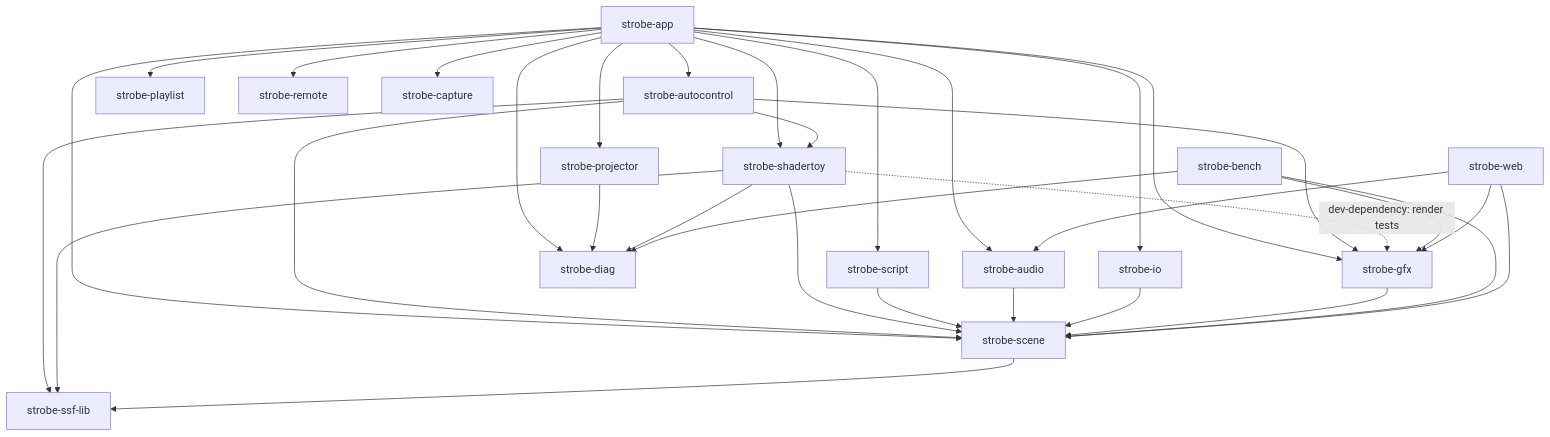
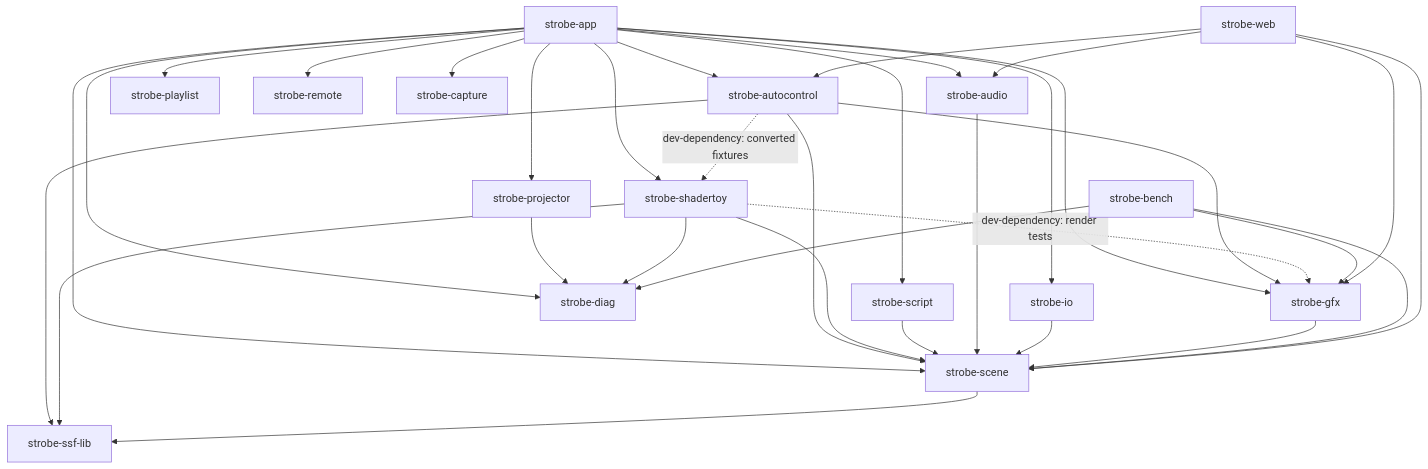
Before and after one commit to lnorton89/strobe: the diagram in docs/ARCHITECTURE.md, drawn with Mermaid. The commit also changed other lines of this file and 19 other files, not shown here.

````diff
--- a/docs/ARCHITECTURE.md
+++ b/docs/ARCHITECTURE.md
@@ -45,12 +45,13 @@
 ```mermaid
 flowchart TD
     app[strobe-app] --> shadertoy[strobe-shadertoy] & autocontrol[strobe-autocontrol] & script[strobe-script] & audio[strobe-audio] & io[strobe-io] & gfx[strobe-gfx] & scene[strobe-scene] & playlist[strobe-playlist] & remote[strobe-remote] & projector[strobe-projector] & capture[strobe-capture] & diag[strobe-diag]
     projector --> diag
-    autocontrol --> shadertoy & gfx & scene & ssf[strobe-ssf-lib]
+    autocontrol --> gfx & scene & ssf[strobe-ssf-lib]
+    autocontrol -. "dev-dependency: converted fixtures" .-> shadertoy
     shadertoy --> scene & ssf & diag
     shadertoy -. "dev-dependency: render tests" .-> gfx
     script & audio & io & gfx --> scene
     scene --> ssf
     bench[strobe-bench] --> gfx & scene & diag
-    web[strobe-web] --> gfx & audio & scene
+    web[strobe-web] --> gfx & audio & scene & autocontrol
 ```
````
